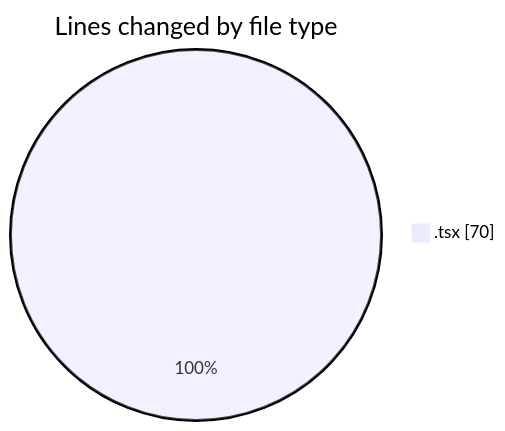
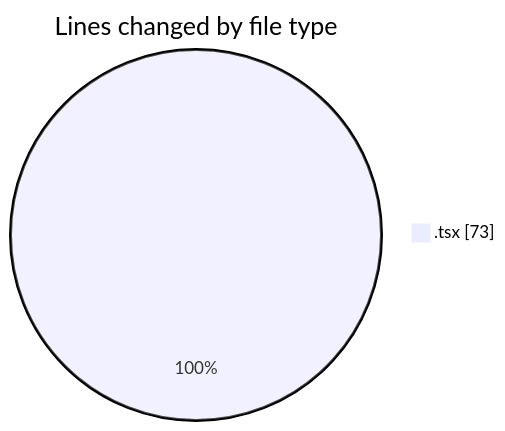
Before and after one commit to robertbonfada/code-tracking: the first of 2 diagrams in 2025-02-07/mbc-web/README.md, drawn with Mermaid. The commit also changed other lines of this file and 1 other file, not shown here.

````diff
--- a/2025-02-07/mbc-web/README.md
+++ b/2025-02-07/mbc-web/README.md
@@ -23,5 +23,5 @@
 ```mermaid
 pie showData
 title Lines changed by file type
-".tsx" : 70
+".tsx" : 73
 ```
````
